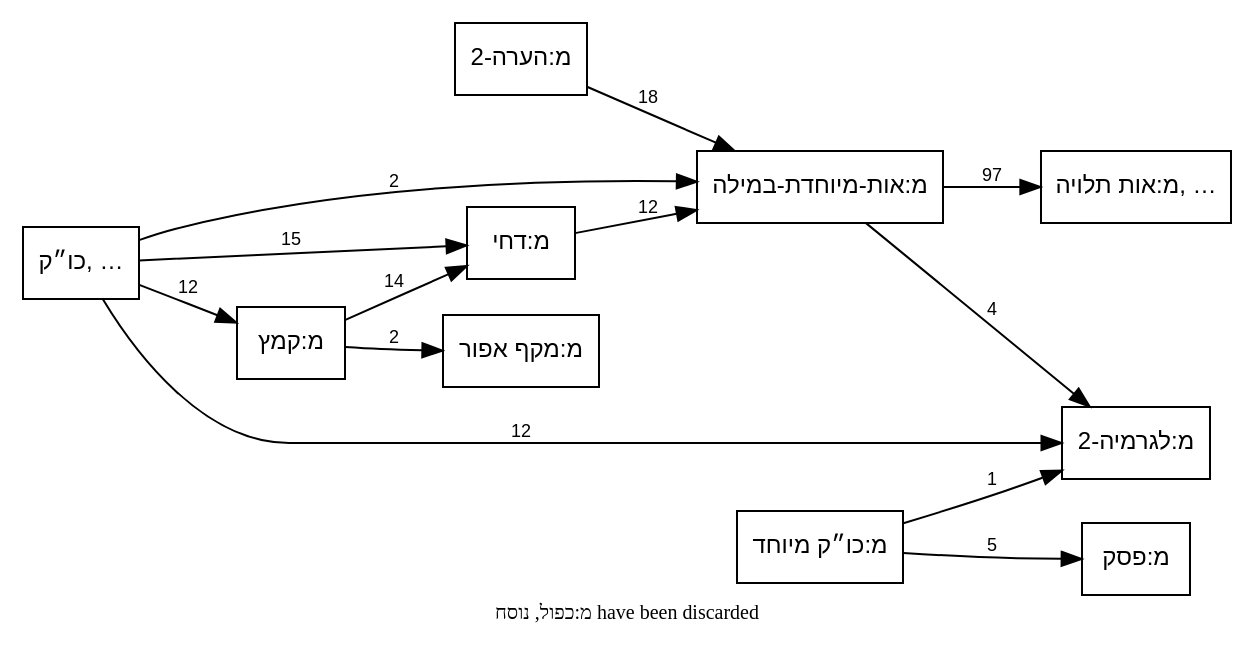
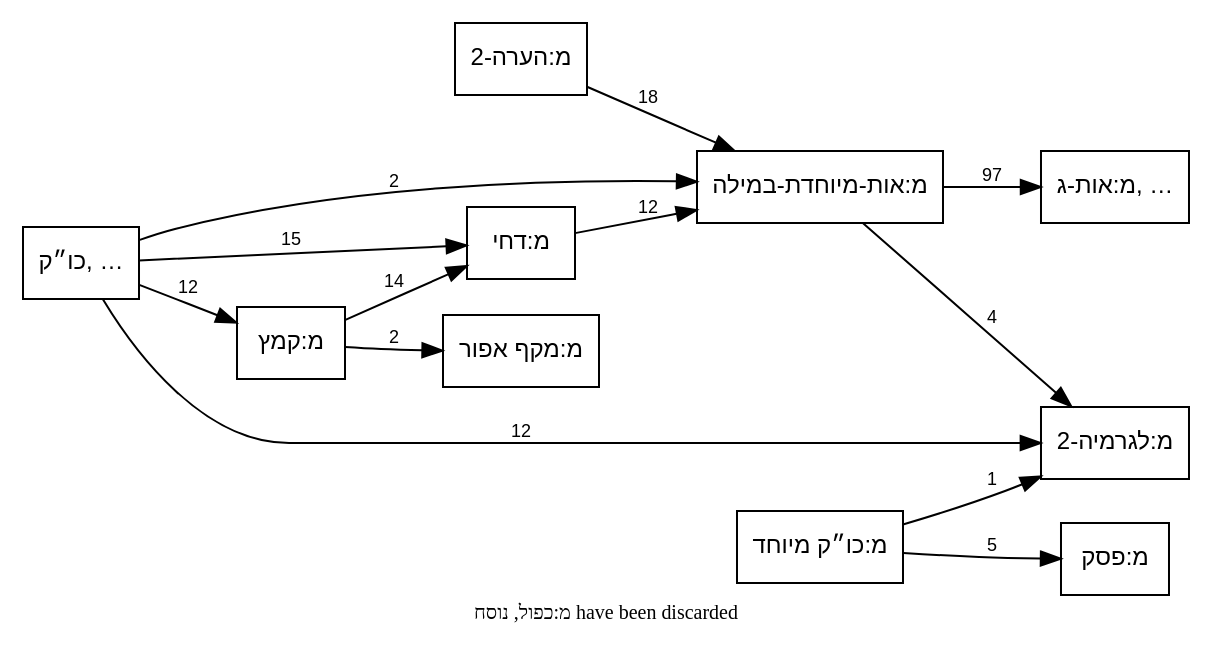
Before and after one commit to bdenckla/MAM-basics: the diagram in out/tmpl-survey-plus/plus-call-graph-e.dot, drawn with Graphviz. The commit also changed 6 other files, not shown here.

```diff
--- a/out/tmpl-survey-plus/plus-call-graph-e.dot
+++ b/out/tmpl-survey-plus/plus-call-graph-e.dot
@@ -1,34 +1,34 @@
 // This file was generated by MAM-basics/py/main_tmpl_survey.py.
 // Do not edit by hand.
 digraph template_call_graph {
     rankdir=LR;
     node [fontname="SBL Hebrew,Helvetica", fontsize=12];
     edge [fontname="Helvetica", fontsize=9];
     graph [comment="This file was generated by MAM-basics/py/main_tmpl_survey.py."];
 
     // Template nodes
     node [shape=box, style=""];
     "כו״ק, …" [tooltip="כו״ק
 מ:קו״כ-אם-2
 קו״כ"];
-    "מ:אות תלויה, …" [tooltip="מ:אות תלויה
+    "מ:אות-ג, …" [tooltip="מ:אות תלויה
 מ:אות-ג
 מ:אות-ק"];
 
     // Note
     graph [label="מ:כפול, נוסח have been discarded", labelloc=b, fontsize=10];
 
     // Edges
     "כו״ק, …" -> "מ:אות-מיוחדת-במילה" [label="2"];
     "כו״ק, …" -> "מ:דחי" [label="15"];
     "כו״ק, …" -> "מ:לגרמיה-2" [label="12"];
     "כו״ק, …" -> "מ:קמץ" [label="12"];
-    "מ:אות-מיוחדת-במילה" -> "מ:אות תלויה, …" [label="97"];
+    "מ:אות-מיוחדת-במילה" -> "מ:אות-ג, …" [label="97"];
     "מ:אות-מיוחדת-במילה" -> "מ:לגרמיה-2" [label="4"];
     "מ:דחי" -> "מ:אות-מיוחדת-במילה" [label="12"];
     "מ:הערה-2" -> "מ:אות-מיוחדת-במילה" [label="18"];
     "מ:כו״ק מיוחד" -> "מ:לגרמיה-2" [label="1"];
     "מ:כו״ק מיוחד" -> "מ:פסק" [label="5"];
     "מ:קמץ" -> "מ:דחי" [label="14"];
     "מ:קמץ" -> "מ:מקף אפור" [label="2"];
 }
```
